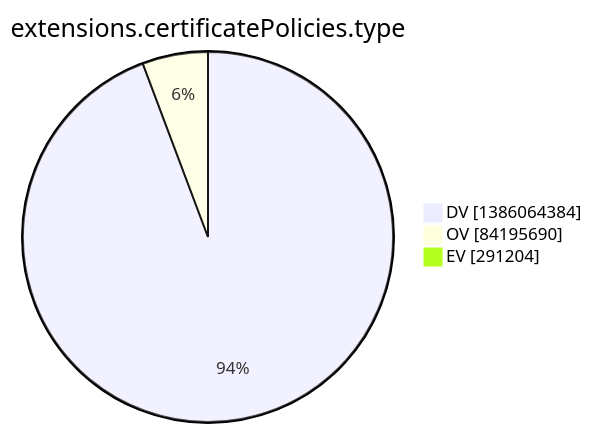
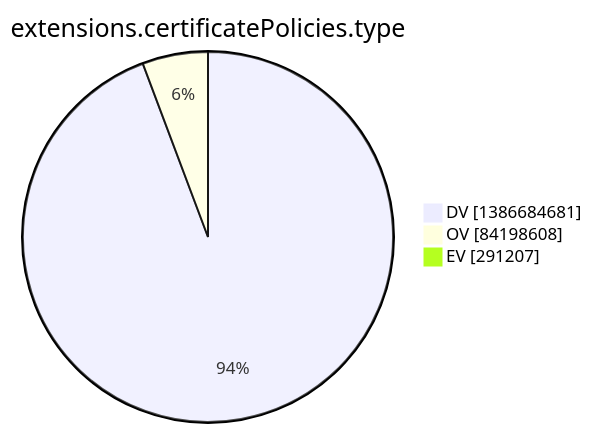
Before and after one commit to christiankrug/ctmonitor_visualization: the tenth of 15 diagrams in argon2022/README.md, drawn with Mermaid. The commit also changed other lines of this file, not shown here.

````diff
--- a/argon2022/README.md
+++ b/argon2022/README.md
@@ -2773,7 +2773,7 @@
 ```mermaid
 pie showData
 title extensions.certificatePolicies.type
-"DV" :1386064384
-"OV" :84195690
-"EV" :291204
+"DV" :1386684681
+"OV" :84198608
+"EV" :291207
 ```
````
